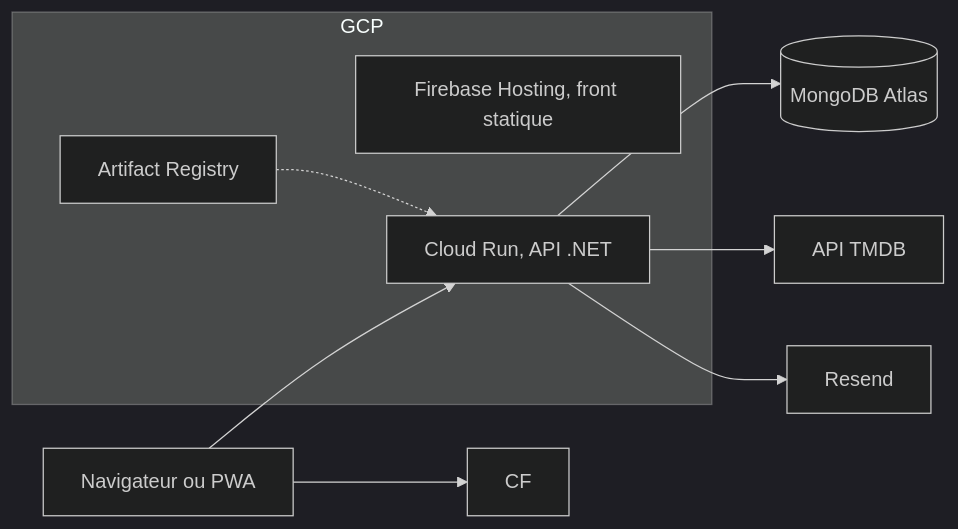
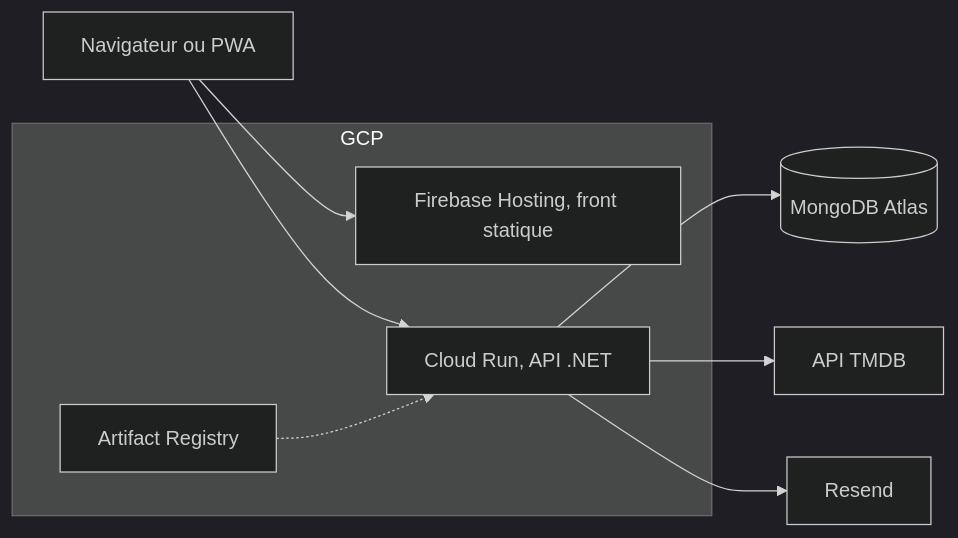
The diagram in README.md (Affy657/Movie-Picker), drawn with Mermaid (dark theme) before and after one commit. The commit also changed other lines of this file and 9 other files, not shown here.

First line of the commit message:
docs(readme): badges, screenshots and a fixed architecture diagram

````diff
--- a/README.md
+++ b/README.md
@@ -44,13 +74,13 @@
 ```mermaid
 flowchart LR
   Browser[Navigateur ou PWA]
   subgraph gcp [GCP]
     FH[Firebase Hosting, front statique]
     AR[Artifact Registry] -.-> CR[Cloud Run, API .NET]
   end
-  Browser --> CF
+  Browser --> FH
   Browser --> CR
   CR --> Mongo[(MongoDB Atlas)]
   CR --> TMDB[API TMDB]
   CR --> Resend[Resend]
 ```
````
